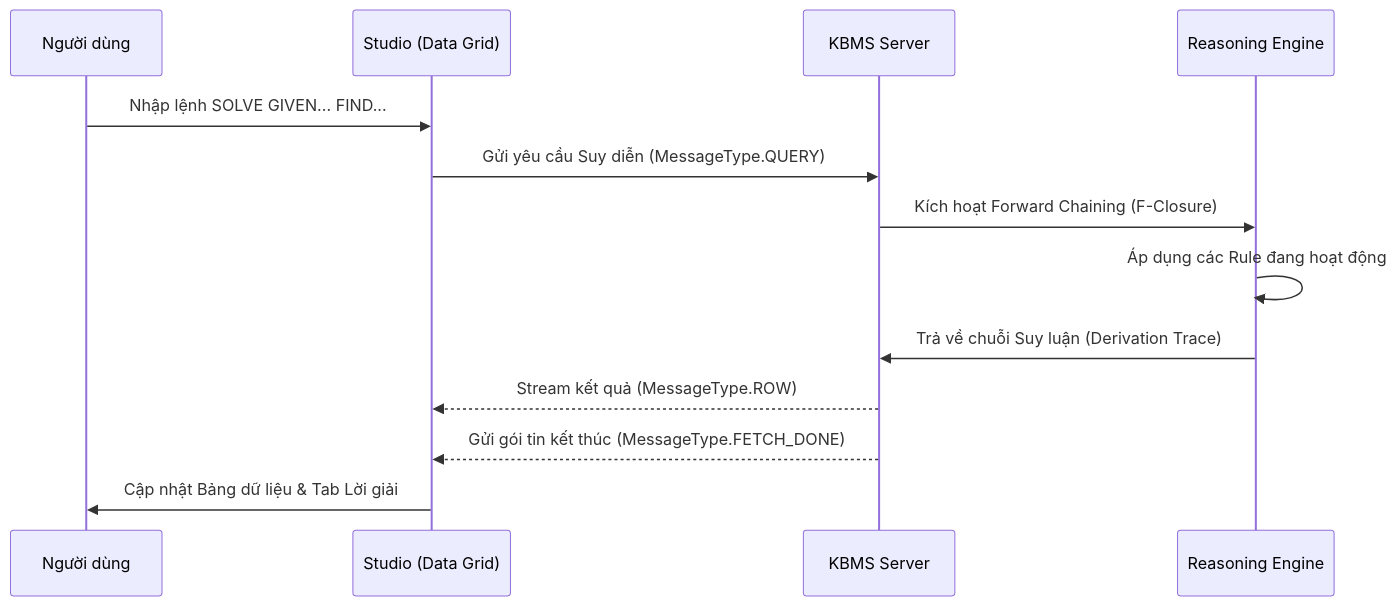
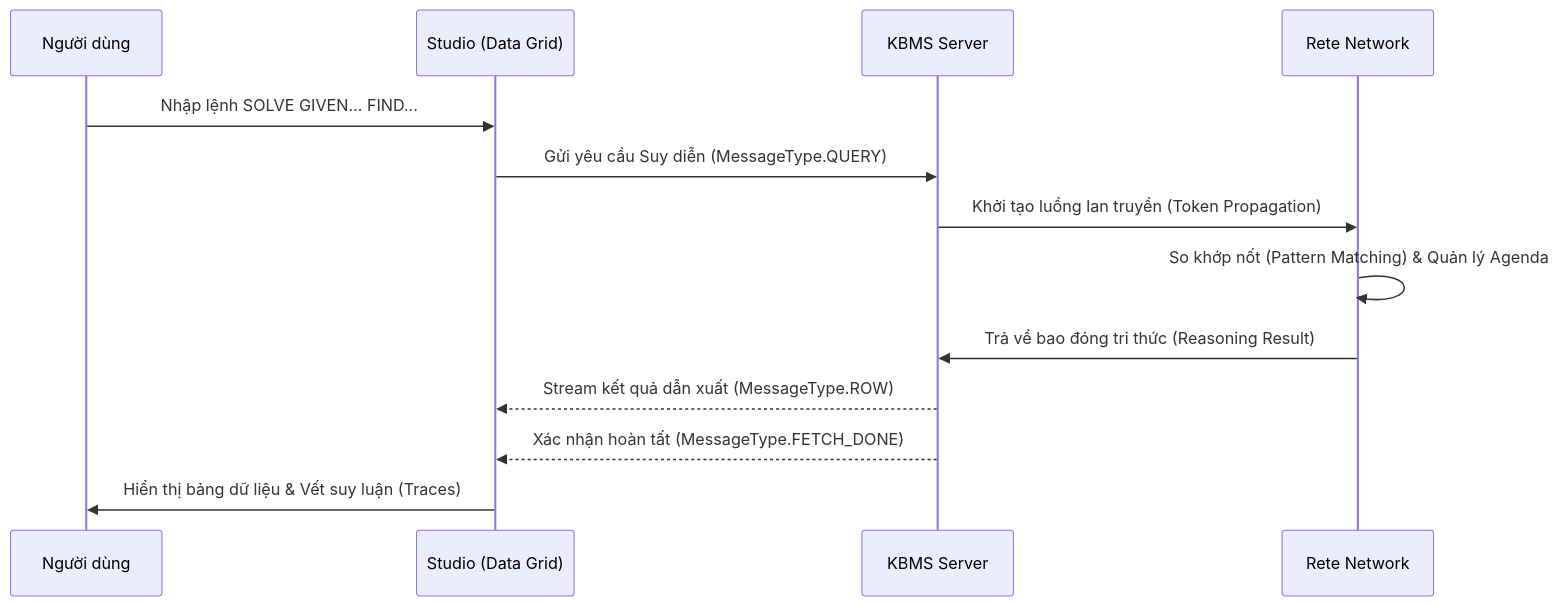
The diagram in docs/assets/diagrams/uc_reasoning_solve_flow.mmd (tranphat1506/KBMS), drawn with Mermaid before and after one commit. The commit also changed 574 other files, not shown here.

Commit message:
refactor: reorganize documentation structure, update diagrams, and clean up legacy LaTeX report assets.

```diff
--- a/docs/assets/diagrams/uc_reasoning_solve_flow.mmd
+++ b/docs/assets/diagrams/uc_reasoning_solve_flow.mmd
@@ -1,14 +1,14 @@
 sequenceDiagram
     participant U as Người dùng
     participant G as Studio (Data Grid)
     participant S as KBMS Server
-    participant R as Reasoning Engine
+    participant R as Rete Network
 
     U->>G: Nhập lệnh SOLVE GIVEN... FIND...
     G->>S: Gửi yêu cầu Suy diễn (MessageType.QUERY)
-    S->>R: Kích hoạt Forward Chaining (F-Closure)
-    R->>R: Áp dụng các Rule đang hoạt động
-    R->>S: Trả về chuỗi Suy luận (Derivation Trace)
-    S-->>G: Stream kết quả (MessageType.ROW)
-    S-->>G: Gửi gói tin kết thúc (MessageType.FETCH_DONE)
-    G->>U: Cập nhật Bảng dữ liệu & Tab Lời giải
+    S->>R: Khởi tạo luồng lan truyền (Token Propagation)
+    R->>R: So khớp nốt (Pattern Matching) & Quản lý Agenda
+    R->>S: Trả về bao đóng tri thức (Reasoning Result)
+    S-->>G: Stream kết quả dẫn xuất (MessageType.ROW)
+    S-->>G: Xác nhận hoàn tất (MessageType.FETCH_DONE)
+    G->>U: Hiển thị bảng dữ liệu & Vết suy luận (Traces)
```
